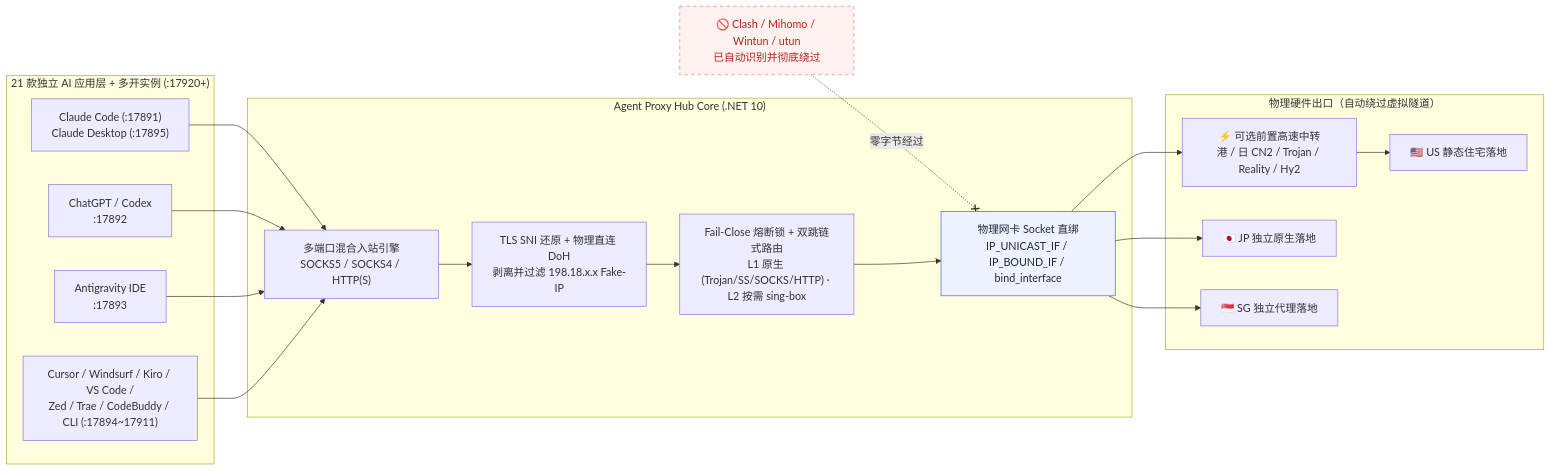
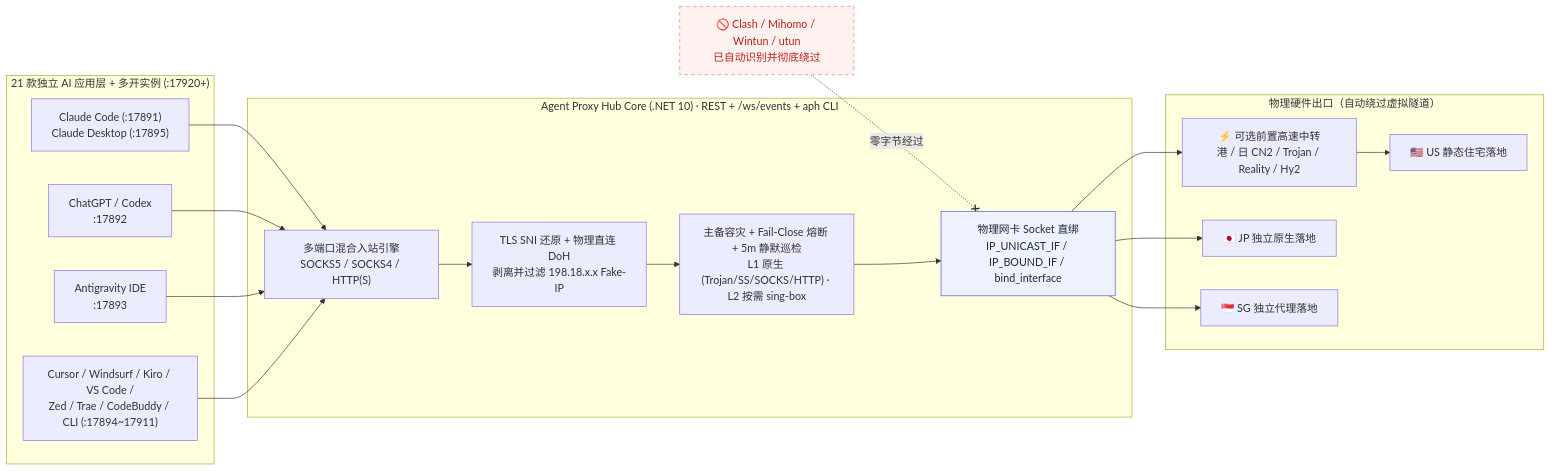
One commit to HeyoCode/Agent_Proxy_Hub changed the diagram in README.md. Above: the diagram before and after it, drawn with Mermaid. The commit also changed other lines of this file, not shown here.

Commit message:
docs(readme): audit and sync documentation with v0.7.0 architecture and CLI

````diff
--- a/README.md
+++ b/README.md
@@ -144,32 +144,32 @@
 ```mermaid
 flowchart LR
     subgraph APPS["21 款独立 AI 应用层 + 多开实例 (:17920+)"]
         A1["Claude Code (:17891)<br/>Claude Desktop (:17895)"]
         A2["ChatGPT / Codex<br/>:17892"]
         A3["Antigravity IDE<br/>:17893"]
         A4["Cursor / Windsurf / Kiro / VS Code /<br/>Zed / Trae / CodeBuddy / CLI (:17894~17911)"]
     end
 
-    subgraph CORE["Agent Proxy Hub Core (.NET 10)"]
+    subgraph CORE["Agent Proxy Hub Core (.NET 10) · REST + /ws/events + aph CLI"]
         IN["多端口混合入站引擎<br/>SOCKS5 / SOCKS4 / HTTP(S)"]
         SNI["TLS SNI 还原 + 物理直连 DoH<br/>剥离并过滤 198.18.x.x Fake-IP"]
-        KS["Fail-Close 熔断锁 + 双跳链式路由<br/>L1 原生 (Trojan/SS/SOCKS/HTTP) · L2 按需 sing-box"]
+        KS["主备容灾 + Fail-Close 熔断 + 5m 静默巡检<br/>L1 原生 (Trojan/SS/SOCKS/HTTP) · L2 按需 sing-box"]
         NIC["物理网卡 Socket 直绑<br/>IP_UNICAST_IF / IP_BOUND_IF / bind_interface"]
     end
 
     subgraph NET["物理硬件出口（自动绕过虚拟隧道）"]
         R1["⚡ 可选前置高速中转<br/>港 / 日 CN2 / Trojan / Reality / Hy2"]
         N1["🇺🇸 US 静态住宅落地"]
         N2["🇯🇵 JP 独立原生落地"]
         N3["🇸🇬 SG 独立代理落地"]
     end
 
     TUN["🚫 Clash / Mihomo / Wintun / utun<br/>已自动识别并彻底绕过"] -. 零字节经过 .-x NIC
 
     A1 & A2 & A3 & A4 --> IN --> SNI --> KS --> NIC
     NIC --> R1 --> N1
     NIC --> N2 & N3
 
     style TUN fill:#fff1f0,stroke:#f27973,stroke-dasharray: 5 5,color:#b42318
     style NIC fill:#eef2ff,stroke:#4a56e2,color:#1e293b
 ```
````
